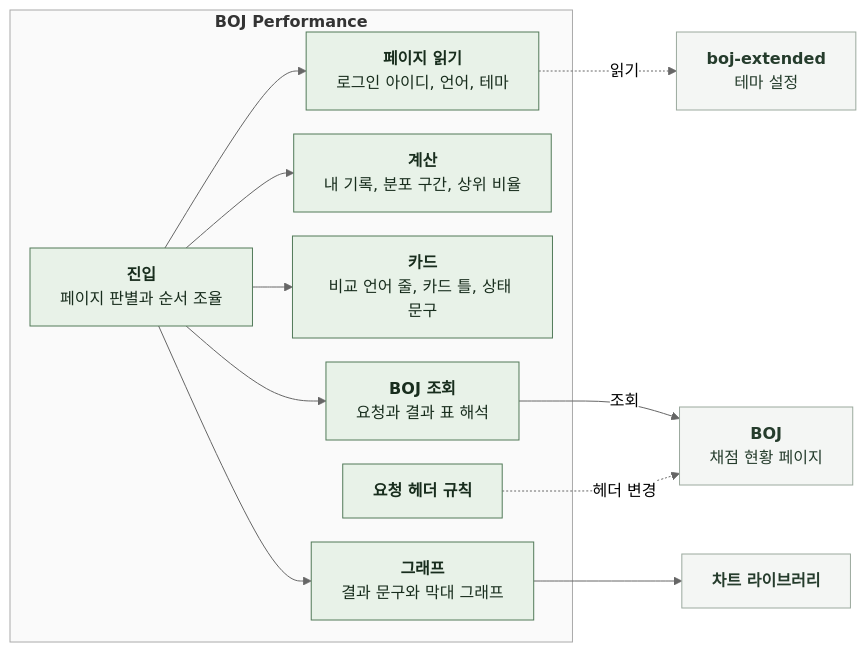
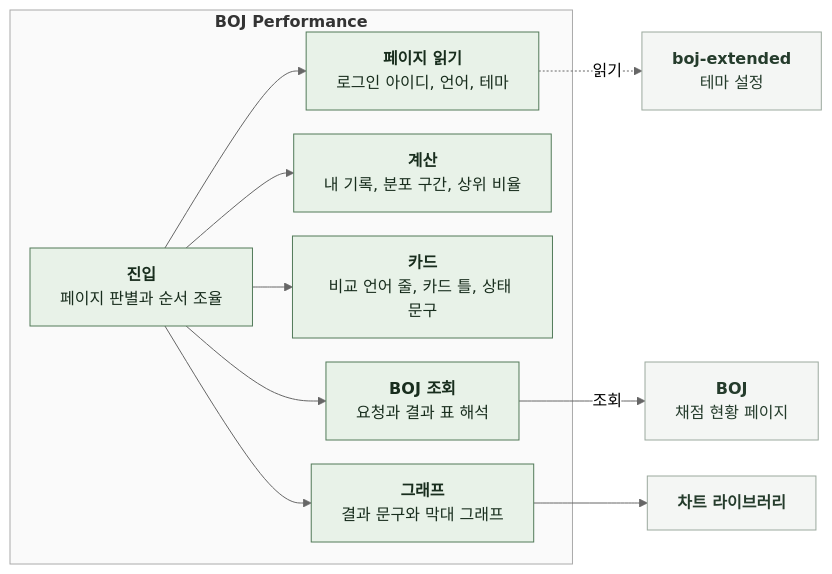
One commit to kangkyunghyun/boj-performance changed the diagram in docs/spec/4-2-COMPONENT-ARCHITECTURE.md. Above: the diagram before and after it, drawn with Mermaid (neutral theme). The commit also changed other lines of this file and 8 other files, not shown here.

````diff
--- a/docs/spec/4-2-COMPONENT-ARCHITECTURE.md
+++ b/docs/spec/4-2-COMPONENT-ARCHITECTURE.md
@@ -9,38 +9,36 @@
 ```mermaid
 %%{init: {"flowchart": {"curve": "basis", "nodeSpacing": 24, "rankSpacing": 40}}}%%
 flowchart LR
     subgraph EXT["`**BOJ Performance**`"]
         E["`**진입**
 페이지 판별과 순서 조율`"]
         Q["`**BOJ 조회**
 요청과 결과 표 해석`"]
         C["`**계산**
 내 기록, 분포 구간, 상위 비율`"]
         K["`**카드**
 비교 언어 줄, 카드 틀, 상태 문구`"]
         G["`**그래프**
 결과 문구와 막대 그래프`"]
         P["`**페이지 읽기**
 로그인 아이디, 언어, 테마`"]
-        R["`**요청 헤더 규칙**`"]
     end
     B["`**BOJ**
 채점 현황 페이지`"]
     X["`**boj-extended**
 테마 설정`"]
     L["`**차트 라이브러리**`"]
     E --> P
     E --> Q
     E --> C
     E --> K
     E --> G
     G --> L
     Q -->|조회| B
-    R -.->|헤더 변경| B
     P -.->|읽기| X
     classDef comp fill:#E8F2E8,stroke:#527A59,color:#182D1D
     classDef ext fill:#F4F6F4,stroke:#9BA99E,color:#253C2C
-    class E,Q,C,K,G,P,R comp
+    class E,Q,C,K,G,P comp
     class B,X,L ext
     style EXT fill:#FAFAFA,stroke:#AAAAAA
 ```
````
